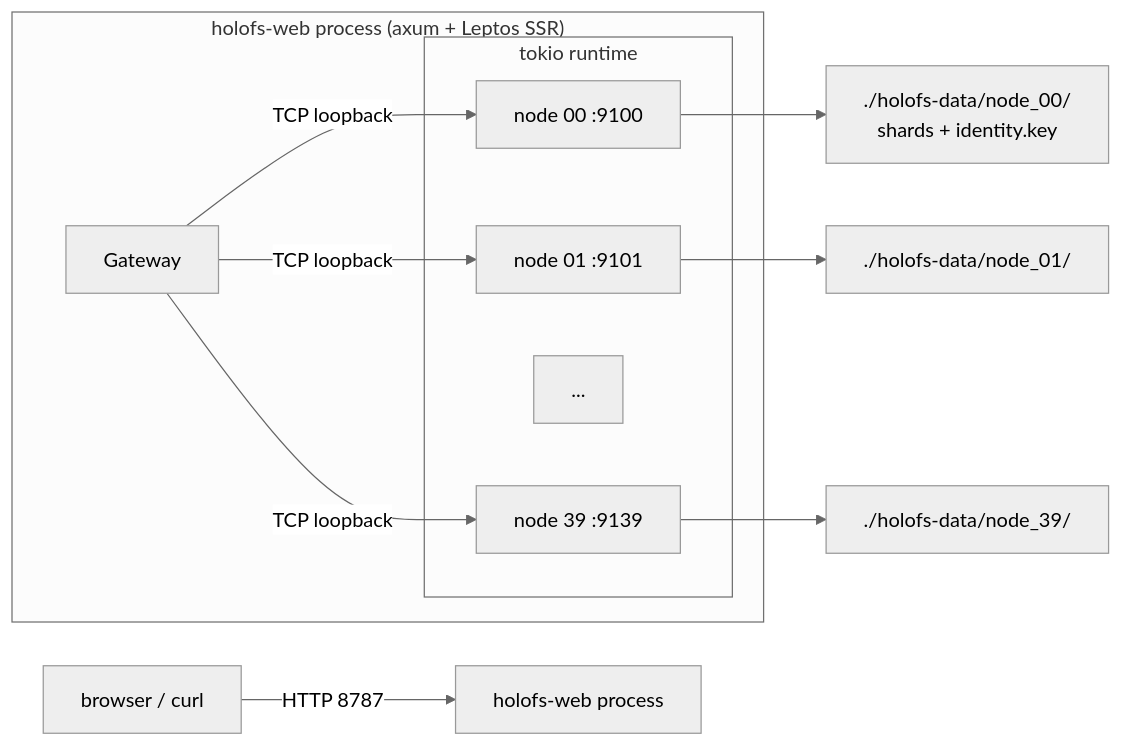
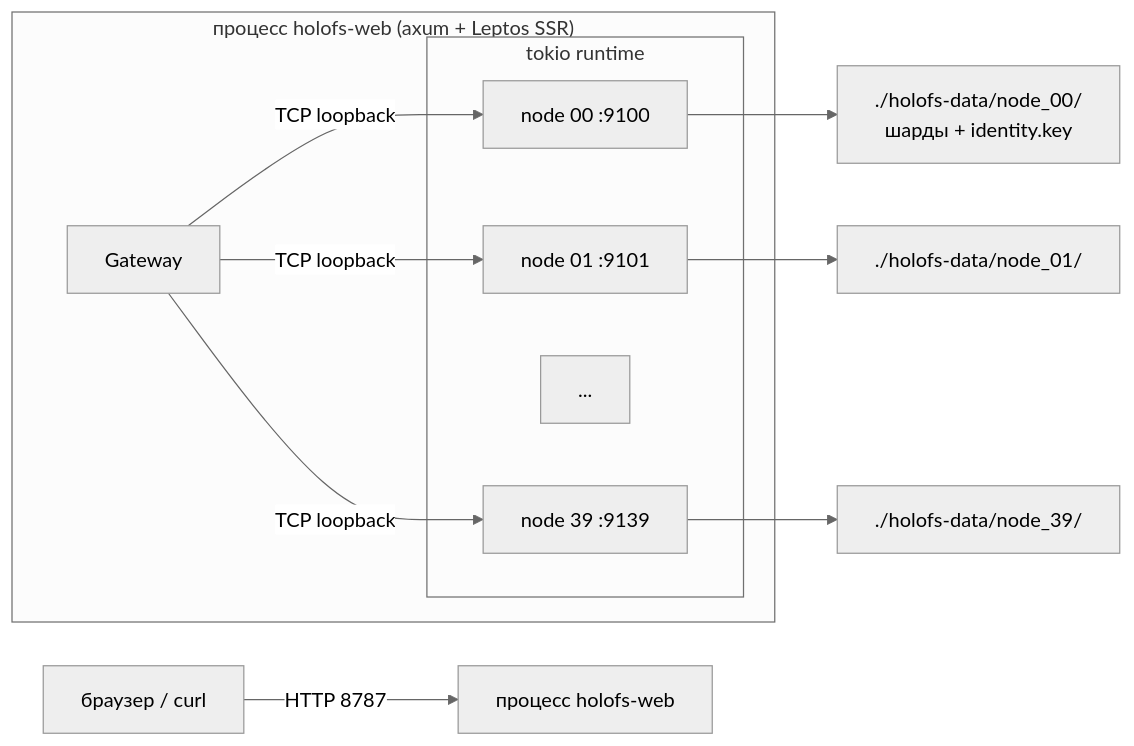
One commit to rmorenko/holofs changed the second of 5 diagrams in docs/ru/architecture.md. Above: the diagram before and after it, drawn with Mermaid (neutral theme). The commit also changed other lines of this file and 3 other files, not shown here.

First line of the commit message:
docs: retranslate ru/{README,threat-model,architecture,theory}.md against 1.0.0 canon

````diff
--- a/docs/ru/architecture.md
+++ b/docs/ru/architecture.md
@@ -79,19 +191,19 @@
 ```mermaid
 flowchart LR
-    user["browser / curl"] -->|HTTP 8787| http["holofs-web process"]
-    subgraph http_p["holofs-web process (axum + Leptos SSR)"]
+    user["браузер / curl"] -->|HTTP 8787| http["процесс holofs-web"]
+    subgraph http_p["процесс holofs-web (axum + Leptos SSR)"]
         gw["Gateway"]
         subgraph tokio["tokio runtime"]
             n0["node 00 :9100"]
             n1["node 01 :9101"]
             ndots["..."]
             nN["node 39 :9139"]
         end
         gw -- TCP loopback --> n0
         gw -- TCP loopback --> n1
         gw -- TCP loopback --> nN
     end
-    n0 --> disk0["./holofs-data/node_00/<br/>shards + identity.key"]
+    n0 --> disk0["./holofs-data/node_00/<br/>шарды + identity.key"]
     n1 --> disk1["./holofs-data/node_01/"]
     nN --> diskN["./holofs-data/node_39/"]
 ```
````
